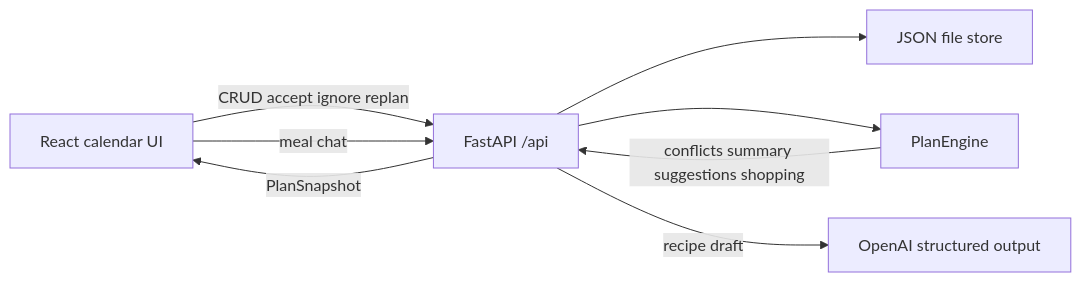
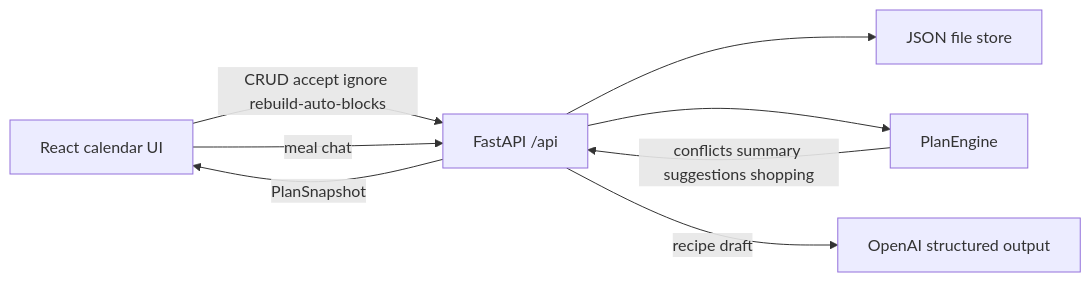
Before and after one commit to AlexanderPaulStevens/CalendarApp: the diagram in calendar_tech_design_947a3881.plan.md, drawn with Mermaid. The commit also changed other lines of this file and 33 other files, not shown here.

````diff
--- a/calendar_tech_design_947a3881.plan.md
+++ b/calendar_tech_design_947a3881.plan.md
@@ -32,16 +32,16 @@
 ```mermaid
 flowchart LR
   UI[React calendar UI]
   API[FastAPI /api]
   Store[JSON file store]
   Engine[PlanEngine]
   LLM[OpenAI structured output]
 
-  UI -->|CRUD accept ignore replan| API
+  UI -->|CRUD accept ignore rebuild-auto-blocks| API
   UI -->|meal chat| API
   API --> Store
   API --> Engine
   API -->|recipe draft| LLM
   Engine -->|conflicts summary suggestions shopping| API
   API -->|PlanSnapshot| UI
 ```
````
